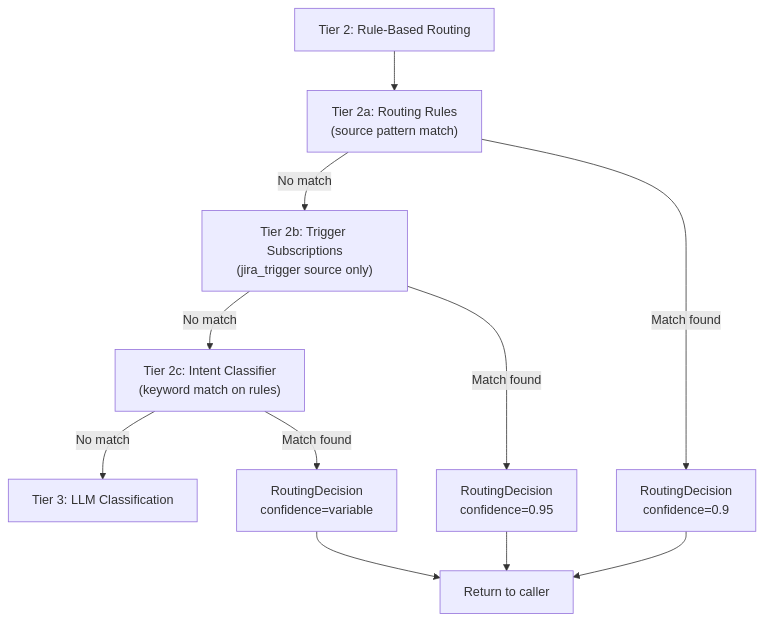
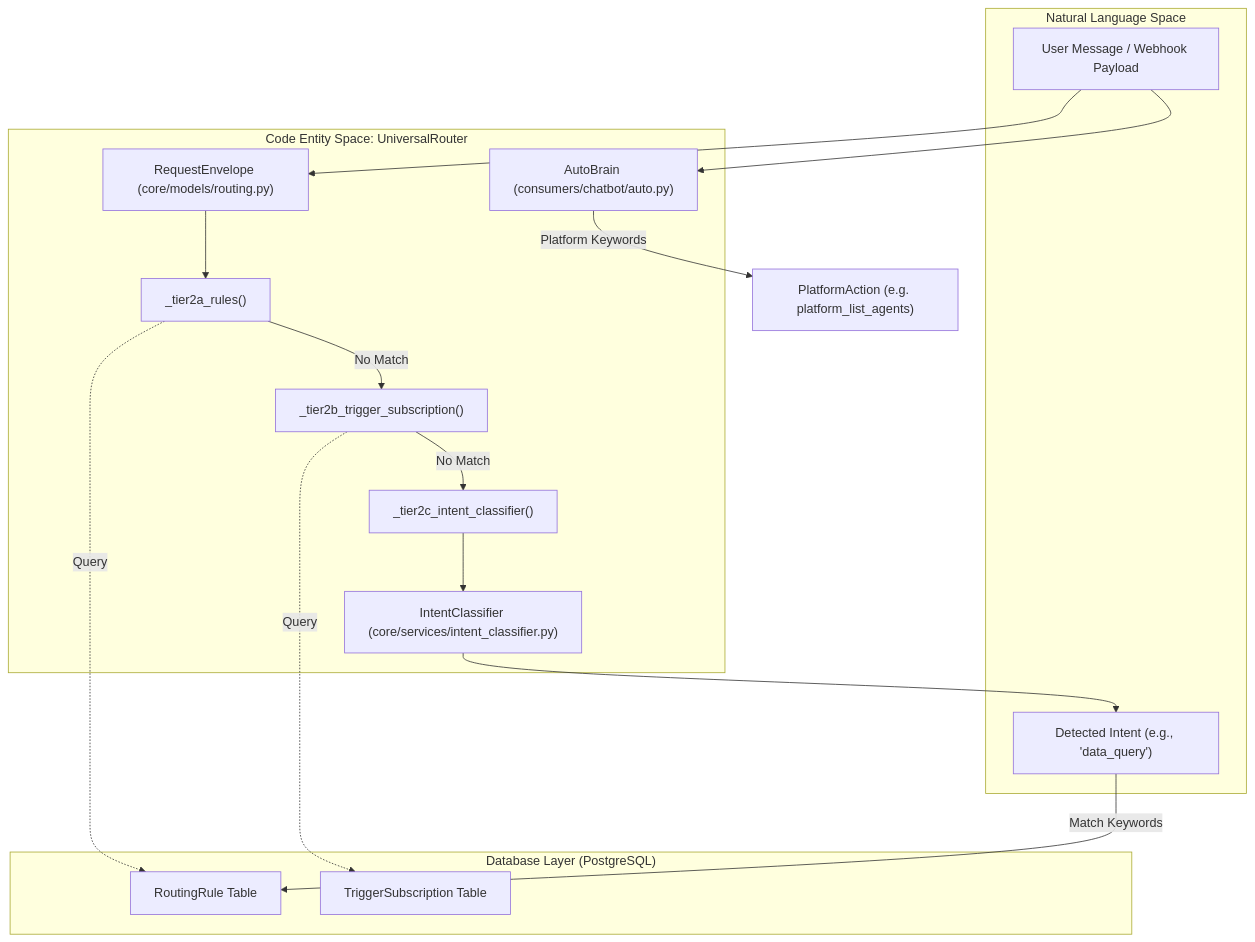
One commit to AutomatosAI/automatos-ai changed the first of 2 diagrams in docs/universal-router/tier-2-rule-based-routing.md. Above: the diagram before and after it, drawn with Mermaid. The commit also changed other lines of this file and 149 other files, not shown here.

Commit message:
docs: refresh documentation with graphify semantic scan

````diff
--- a/docs/universal-router/tier-2-rule-based-routing.md
+++ b/docs/universal-router/tier-2-rule-based-routing.md
@@ -39,22 +65,33 @@
 ```mermaid
 graph TD
-    T2["Tier 2: Rule-Based Routing"]
-    T2a["Tier 2a: Routing Rules<br/>(source pattern match)"]
-    T2b["Tier 2b: Trigger Subscriptions<br/>(jira_trigger source only)"]
-    T2c["Tier 2c: Intent Classifier<br/>(keyword match on rules)"]
-    T3["Tier 3: LLM Classification"]
-    
-    T2 --> T2a
-    T2a -->|"No match"| T2b
-    T2a -->|"Match found"| Decision["RoutingDecision<br/>confidence=0.9"]
-    
-    T2b -->|"No match"| T2c
-    T2b -->|"Match found"| Decision2["RoutingDecision<br/>confidence=0.95"]
-    
-    T2c -->|"No match"| T3
-    T2c -->|"Match found"| Decision3["RoutingDecision<br/>confidence=variable"]
-    
-    Decision --> Return["Return to caller"]
-    Decision2 --> Return
-    Decision3 --> Return
+    subgraph "Natural Language Space"
+        UserMsg["User Message / Webhook Payload"]
+        Intent["Detected Intent (e.g., 'data_query')"]
+    end
+
+    subgraph "Code Entity Space: UniversalRouter"
+        RE["RequestEnvelope (core/models/routing.py)"]
+        T2a["_tier2a_rules()"]
+        T2b["_tier2b_trigger_subscription()"]
+        T2c["_tier2c_intent_classifier()"]
+        IC["IntentClassifier (core/services/intent_classifier.py)"]
+        AB["AutoBrain (consumers/chatbot/auto.py)"]
+    end
+
+    subgraph "Database Layer (PostgreSQL)"
+        RR["RoutingRule Table"]
+        TS["TriggerSubscription Table"]
+    end
+
+    UserMsg --> RE
+    RE --> T2a
+    T2a -.->|"Query"| RR
+    T2a -->|"No Match"| T2b
+    T2b -.->|"Query"| TS
+    T2b -->|"No Match"| T2c
+    T2c --> IC
+    IC --> Intent
+    Intent -->|"Match Keywords"| RR
+    UserMsg --> AB
+    AB -->|"Platform Keywords"| PK["PlatformAction (e.g. platform_list_agents)"]
 ```
````
